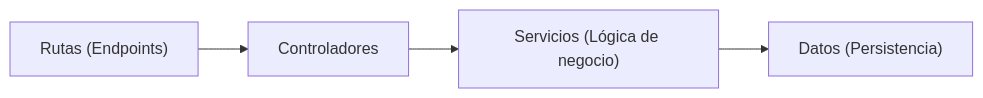
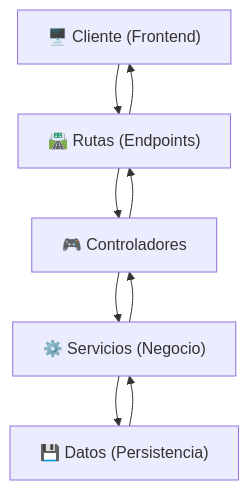
Before and after one commit to Stalegame/PROYECTO-DE-PROGRAMACION: the diagram in docs/arquitectura.md, drawn with Mermaid.

Commit message:
Arquitectura docs

````diff
--- a/docs/arquitectura.md
+++ b/docs/arquitectura.md
@@ -7,6 +7,13 @@
 ```mermaid
-flowchart LR
-    Rutas[" Rutas (Endpoints)"] --> Controladores[" Controladores"]
-    Controladores --> Servicios[" Servicios (Lógica de negocio)"]
-    Servicios --> Datos["Datos (Persistencia)"]
+flowchart TD
+    Cliente["🖥️ Cliente (Frontend)"] --> Rutas["🛣️ Rutas (Endpoints)"]
+    Rutas --> Controladores["🎮 Controladores"]
+    Controladores --> Servicios["⚙️ Servicios (Negocio)"]
+    Servicios --> Datos["💾 Datos (Persistencia)"]
+
+    Datos --> Servicios
+    Servicios --> Controladores
+    Controladores --> Rutas
+    Rutas --> Cliente
+
 ```
````
